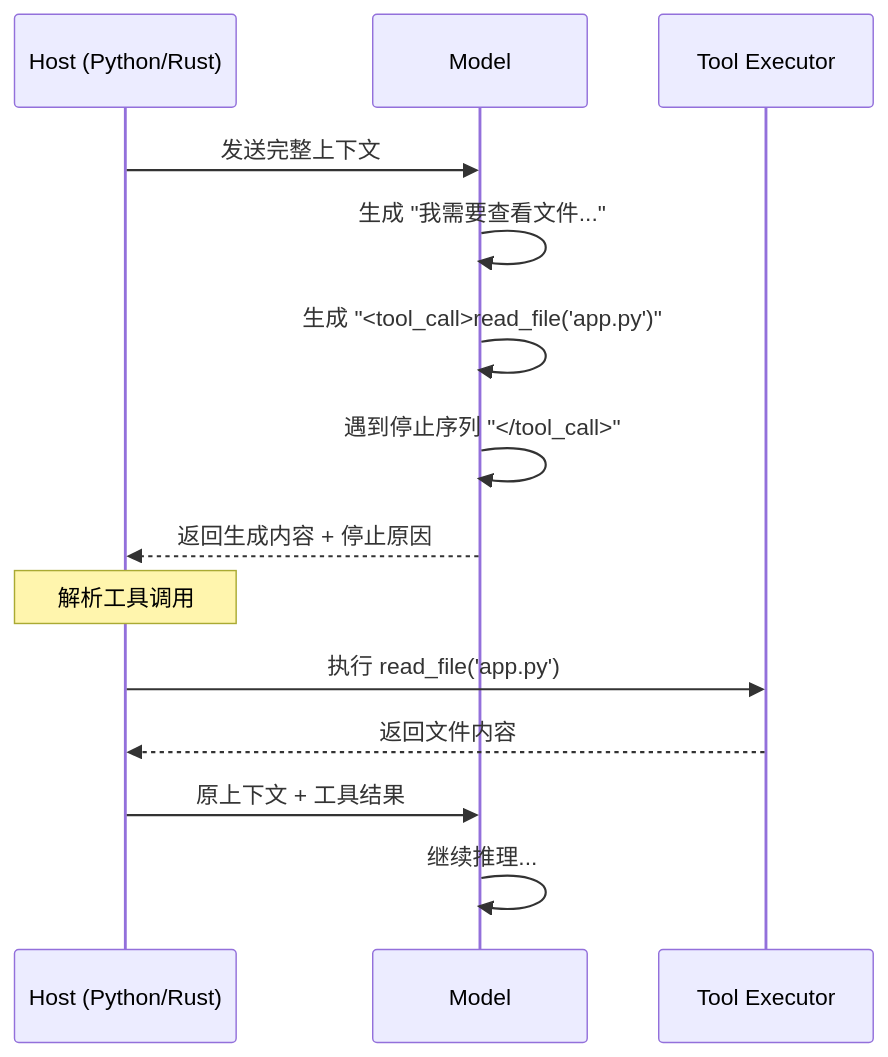
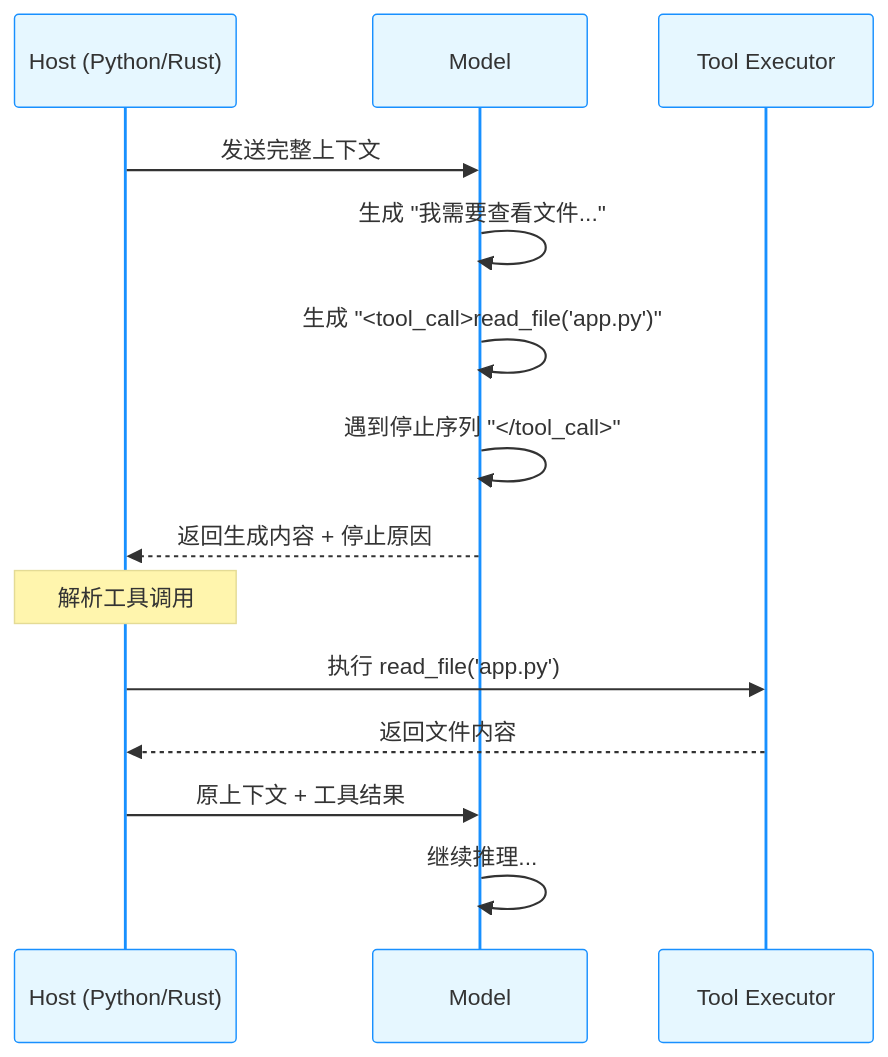
One commit to yeasy/agentic_ai_guide changed the third of 7 diagrams in 10_agentic_coding/10.2_loop.md. Above: the diagram before and after it, drawn with Mermaid. The commit also changed other lines of this file and 36 other files, not shown here.

````diff
--- a/10_agentic_coding/10.2_loop.md
+++ b/10_agentic_coding/10.2_loop.md
@@ -79,19 +90,20 @@
 ```mermaid
+%%{init: {'theme': 'base', 'themeVariables': { 'primaryColor': '#e6f7ff', 'actorBorder': '#1890ff', 'actorBkg': '#e6f7ff'}}}%%
 sequenceDiagram
     participant H as Host (Python/Rust)
     participant M as Model
     participant T as Tool Executor
     
     H->>M: 发送完整上下文
     M->>M: 生成 "我需要查看文件..."
     M->>M: 生成 "<tool_call>read_file('app.py')"
     M->>M: 遇到停止序列 "</tool_call>"
     M-->>H: 返回生成内容 + 停止原因
     
     Note over H: 解析工具调用
     H->>T: 执行 read_file('app.py')
     T-->>H: 返回文件内容
     
     H->>M: 原上下文 + 工具结果
     M->>M: 继续推理...
 ```
````
